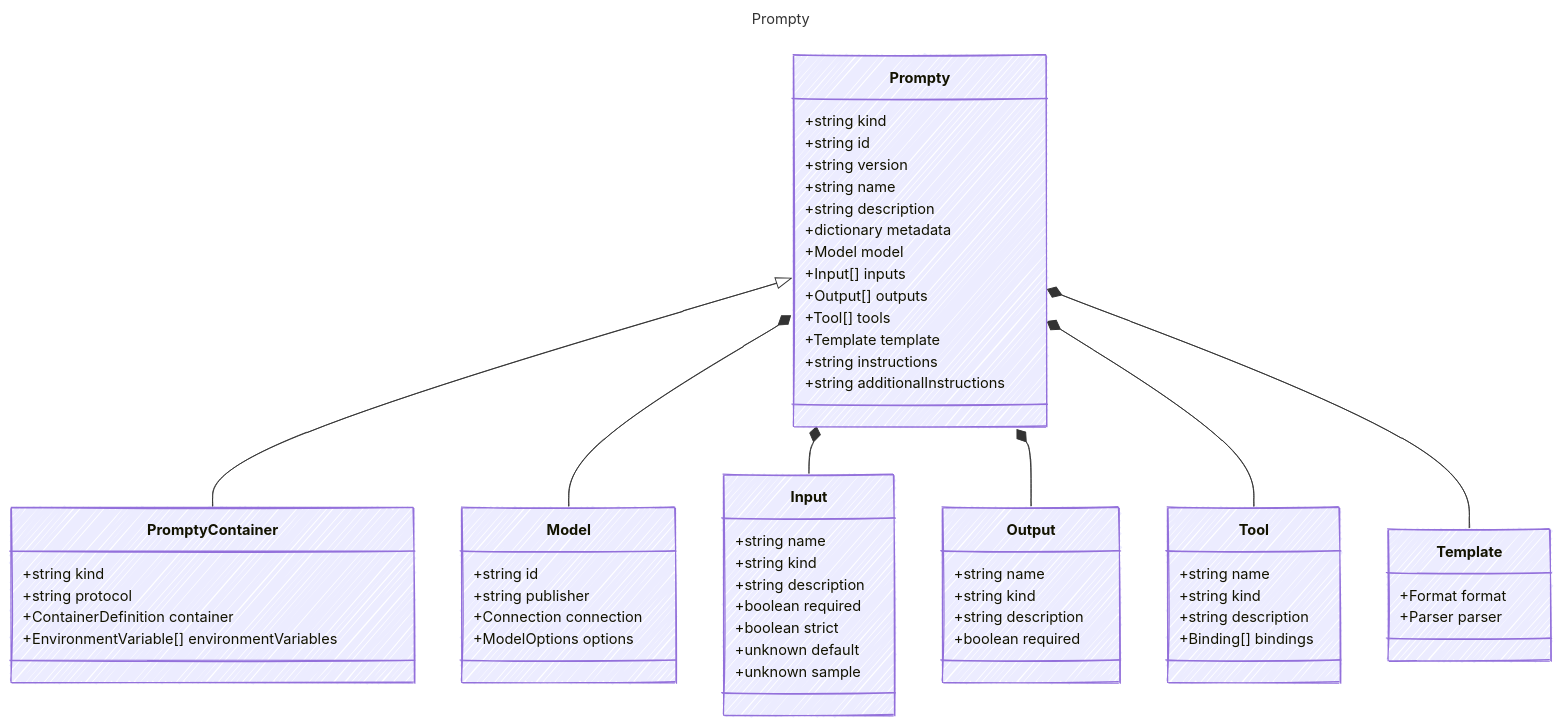
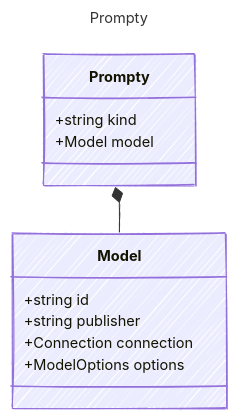
Before and after one commit to microsoft/prompty: the diagram in specification/prompty/docs/Prompty.md, drawn with Mermaid. The commit also changed other lines of this file and 10 other files, not shown here.

````diff
--- a/specification/prompty/docs/Prompty.md
+++ b/specification/prompty/docs/Prompty.md
@@ -12,70 +12,23 @@
 ```mermaid
 ---
 title: Prompty
 config:
   look: handDrawn
   theme: colorful
   class:
     hideEmptyMembersBox: true
 ---
 classDiagram
     class Prompty {
       
         +string kind
-        +string id
-        +string version
-        +string name
-        +string description
-        +dictionary metadata
         +Model model
-        +Input[] inputs
-        +Output[] outputs
-        +Tool[] tools
-        +Template template
-        +string instructions
-        +string additionalInstructions
     }
-    class PromptyContainer {
-        +string kind
-        +string protocol
-        +ContainerDefinition container
-        +EnvironmentVariable[] environmentVariables
-    }
-    Prompty <|-- PromptyContainer
     class Model {
         +string id
         +string publisher
         +Connection connection
         +ModelOptions options
     }
     Prompty *-- Model
-    class Input {
-        +string name
-        +string kind
-        +string description
-        +boolean required
-        +boolean strict
-        +unknown default
-        +unknown sample
-    }
-    Prompty *-- Input
-    class Output {
-        +string name
-        +string kind
-        +string description
-        +boolean required
-    }
-    Prompty *-- Output
-    class Tool {
-        +string name
-        +string kind
-        +string description
-        +Binding[] bindings
-    }
-    Prompty *-- Tool
-    class Template {
-        +Format format
-        +Parser parser
-    }
-    Prompty *-- Template
 ```
````
